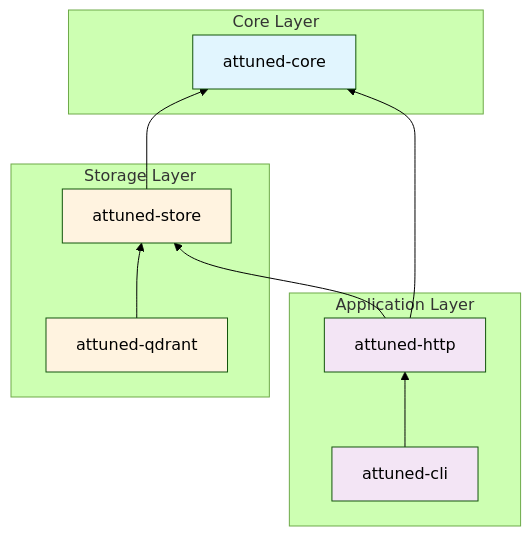
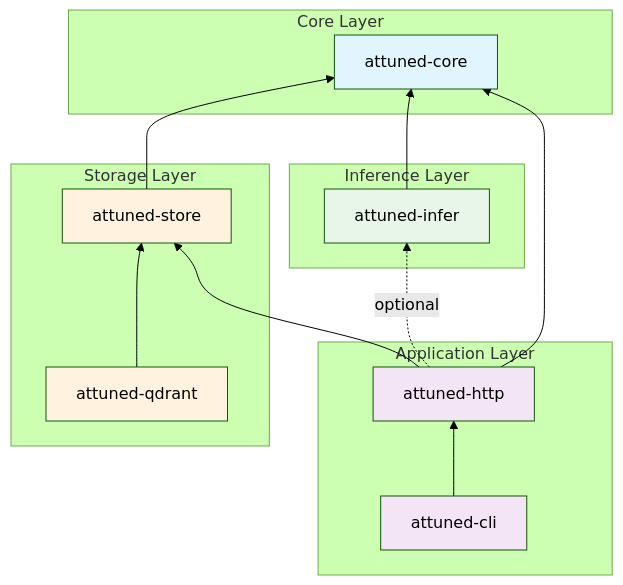
The second of 4 diagrams in README.md (JtPerez-Acle/Attuned), drawn with Mermaid (forest theme) before and after one commit. The commit also changed other lines of this file and 33 other files, not shown here.

````diff
--- a/README.md
+++ b/README.md
@@ -182,28 +189,35 @@
 ```mermaid
 graph BT
     subgraph "Application Layer"
         CLI[attuned-cli]
         HTTP[attuned-http]
+    end
+
+    subgraph "Inference Layer"
+        INFER[attuned-infer]
     end
 
     subgraph "Storage Layer"
         STORE[attuned-store]
         QDRANT[attuned-qdrant]
     end
 
     subgraph "Core Layer"
         CORE[attuned-core]
     end
 
     CLI --> HTTP
     HTTP --> STORE
+    HTTP -.->|optional| INFER
     QDRANT --> STORE
     STORE --> CORE
     HTTP --> CORE
+    INFER --> CORE
 
     style CORE fill:#e1f5fe
     style STORE fill:#fff3e0
     style QDRANT fill:#fff3e0
     style HTTP fill:#f3e5f5
     style CLI fill:#f3e5f5
+    style INFER fill:#e8f5e9
 ```
````
